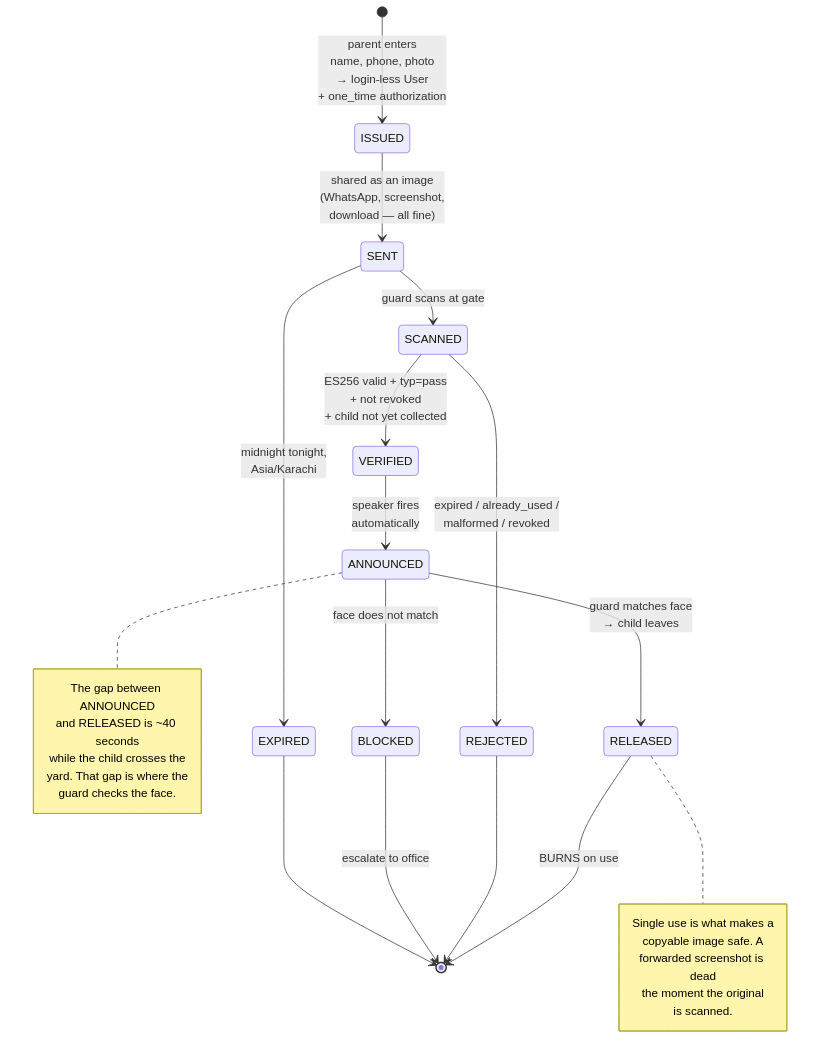
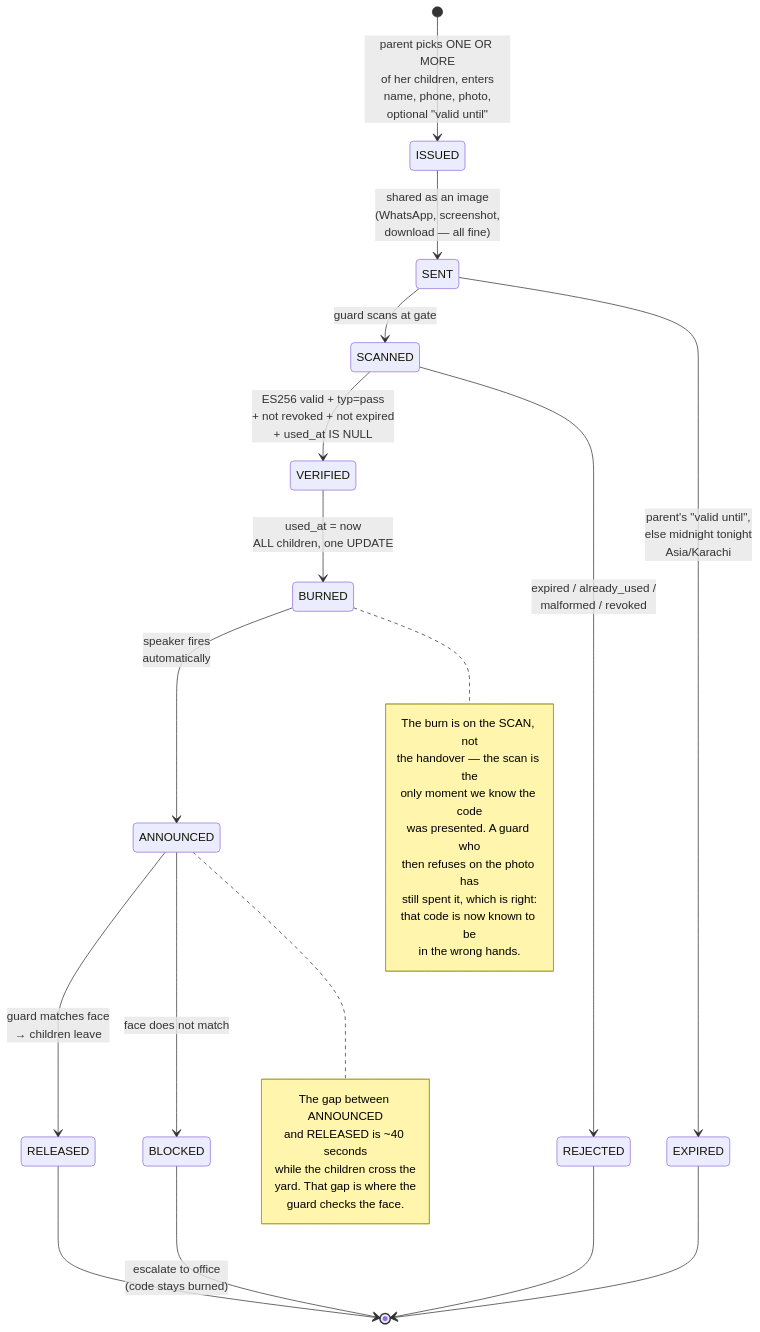
One commit to Tehman700/Pasha_ICT_Project changed the sixth of 12 diagrams in docs/DIAGRAMS.md. Above: the diagram before and after it, drawn with Mermaid. The commit also changed other lines of this file and 6 other files, not shown here.

First line of the commit message:
Passes: several children per pass, parent-set expiry, per-pass burn

````diff
--- a/docs/DIAGRAMS.md
+++ b/docs/DIAGRAMS.md
@@ -372,36 +372,40 @@
 ```mermaid
 stateDiagram-v2
-    [*] --> ISSUED: parent enters<br/>name, phone, photo<br/>→ login-less User<br/>+ one_time authorization
+    [*] --> ISSUED: parent picks ONE OR MORE<br/>of her children, enters<br/>name, phone, photo,<br/>optional "valid until"
     ISSUED --> SENT: shared as an image<br/>(WhatsApp, screenshot,<br/>download — all fine)
     SENT --> SCANNED: guard scans at gate
 
-    SCANNED --> VERIFIED: ES256 valid + typ=pass<br/>+ not revoked<br/>+ child not yet collected
+    SCANNED --> VERIFIED: ES256 valid + typ=pass<br/>+ not revoked + not expired<br/>+ used_at IS NULL
     SCANNED --> REJECTED: expired / already_used /<br/>malformed / revoked
 
-    VERIFIED --> ANNOUNCED: speaker fires<br/>automatically
-    ANNOUNCED --> RELEASED: guard matches face<br/>→ child leaves
+    VERIFIED --> BURNED: used_at = now<br/>ALL children, one UPDATE
+    BURNED --> ANNOUNCED: speaker fires<br/>automatically
+    ANNOUNCED --> RELEASED: guard matches face<br/>→ children leave
     ANNOUNCED --> BLOCKED: face does not match
 
-    RELEASED --> [*]: BURNS on use
+    RELEASED --> [*]
     REJECTED --> [*]
-    BLOCKED --> [*]: escalate to office
+    BLOCKED --> [*]: escalate to office<br/>(code stays burned)
 
-    SENT --> EXPIRED: midnight tonight,<br/>Asia/Karachi
+    SENT --> EXPIRED: parent's "valid until",<br/>else midnight tonight<br/>Asia/Karachi
     EXPIRED --> [*]
+
+    note right of BURNED
+        The burn is on the SCAN, not
+        the handover — the scan is the
+        only moment we know the code
+        was presented. A guard who
+        then refuses on the photo has
+        still spent it, which is right:
+        that code is now known to be
+        in the wrong hands.
+    end note
 
     note right of ANNOUNCED
         The gap between ANNOUNCED
         and RELEASED is ~40 seconds
-        while the child crosses the
+        while the children cross the
         yard. That gap is where the
         guard checks the face.
     end note
-
-    note right of RELEASED
-        Single use is what makes a
-        copyable image safe. A
-        forwarded screenshot is dead
-        the moment the original
-        is scanned.
-    end note
 ```
````
